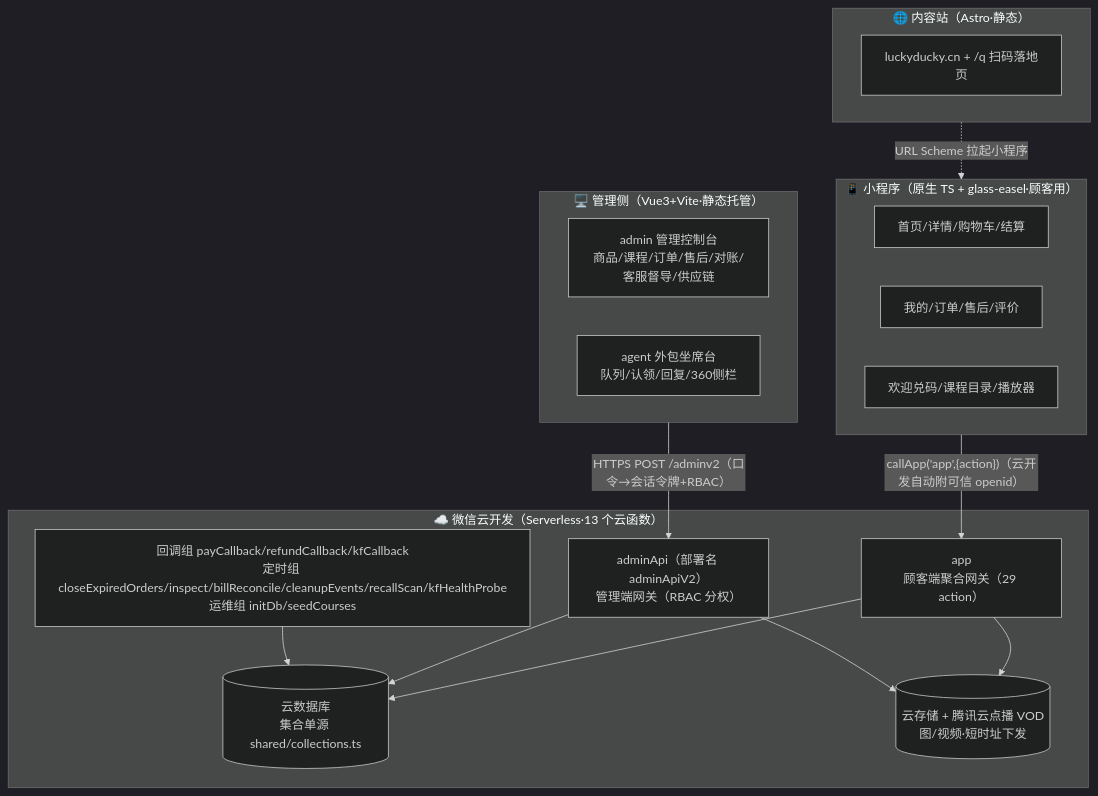
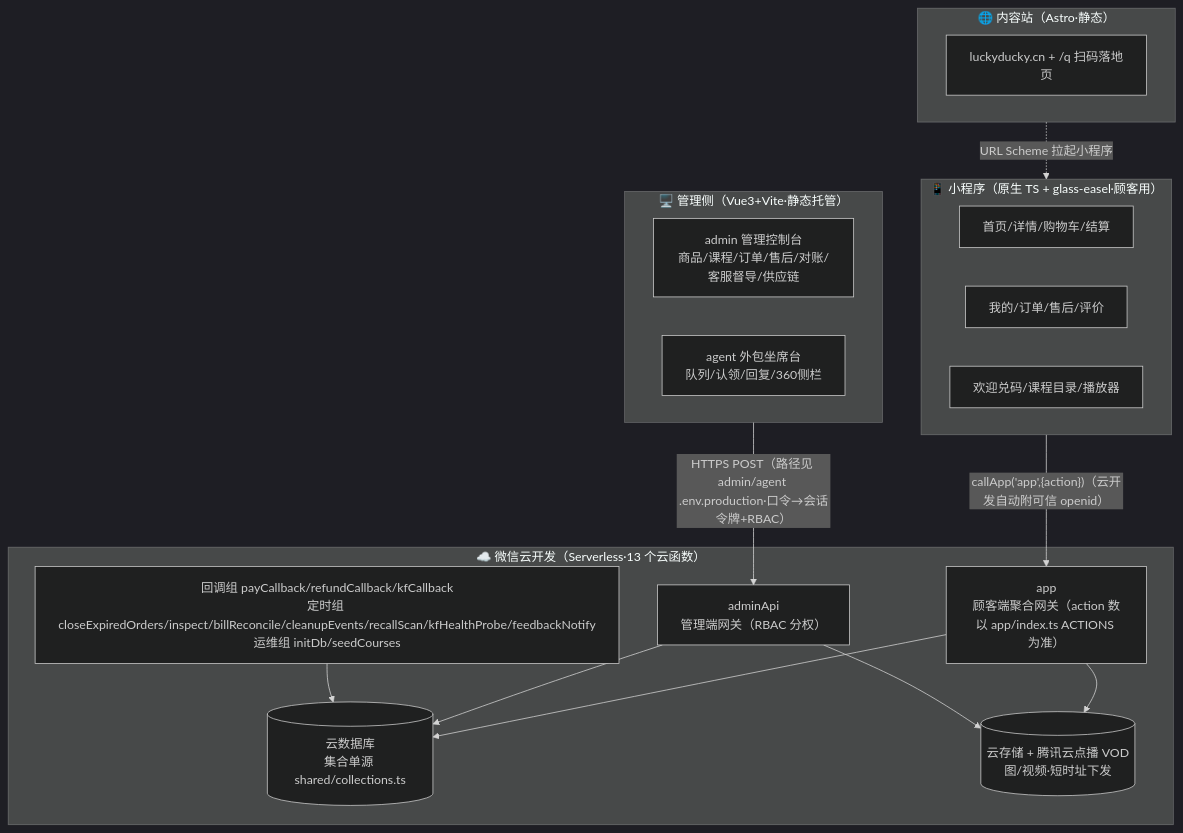
Before and after one commit to ookiisparrow/luckyducky-fable: the first of 2 diagrams in docs/业务逻辑架构.md, drawn with Mermaid (dark theme). The commit also changed other lines of this file and 5 other files, not shown here.

First line of the commit message:
docs：架构图和运维入口改回现行名字 (#343)

````diff
--- a/docs/业务逻辑架构.md
+++ b/docs/业务逻辑架构.md
@@ -12,31 +12,31 @@
 ```mermaid
 flowchart TB
   subgraph 管理侧["🖥️ 管理侧（Vue3+Vite·静态托管）"]
     A1["admin 管理控制台<br/>商品/课程/订单/售后/对账/客服督导/供应链"]
     A2["agent 外包坐席台<br/>队列/认领/回复/360侧栏"]
   end
   subgraph 云["☁️ 微信云开发（Serverless·13 个云函数）"]
-    F1["app<br/>顾客端聚合网关（29 action）"]
-    F2["adminApi（部署名 adminApiV2）<br/>管理端网关（RBAC 分权）"]
-    F3["回调组 payCallback/refundCallback/kfCallback<br/>定时组 closeExpiredOrders/inspect/billReconcile/cleanupEvents/recallScan/kfHealthProbe<br/>运维组 initDb/seedCourses"]
+    F1["app<br/>顾客端聚合网关（action 数以 app/index.ts ACTIONS 为准）"]
+    F2["adminApi<br/>管理端网关（RBAC 分权）"]
+    F3["回调组 payCallback/refundCallback/kfCallback<br/>定时组 closeExpiredOrders/inspect/billReconcile/cleanupEvents/recallScan/kfHealthProbe/feedbackNotify<br/>运维组 initDb/seedCourses"]
     DB[("云数据库<br/>集合单源 shared/collections.ts")]
     ST[("云存储 + 腾讯云点播 VOD<br/>图/视频·短时址下发")]
   end
   subgraph 端["📱 小程序（原生 TS + glass-easel·顾客用）"]
     P1["首页/详情/购物车/结算"]
     P2["我的/订单/售后/评价"]
     P3["欢迎兑码/课程目录/播放器"]
   end
   subgraph 站["🌐 内容站（Astro·静态）"]
     S1["luckyducky.cn + /q 扫码落地页"]
   end
 
-  管理侧 -->|"HTTPS POST /adminv2（口令→会话令牌+RBAC）"| F2
+  管理侧 -->|"HTTPS POST（路径见 admin/agent .env.production·口令→会话令牌+RBAC）"| F2
   端 -->|"callApp('app',{action})（云开发自动附可信 openid）"| F1
   站 -.->|"URL Scheme 拉起小程序"| 端
   F1 --> DB
   F2 --> DB
   F3 --> DB
   F1 --> ST
   F2 --> ST
 ```
````
